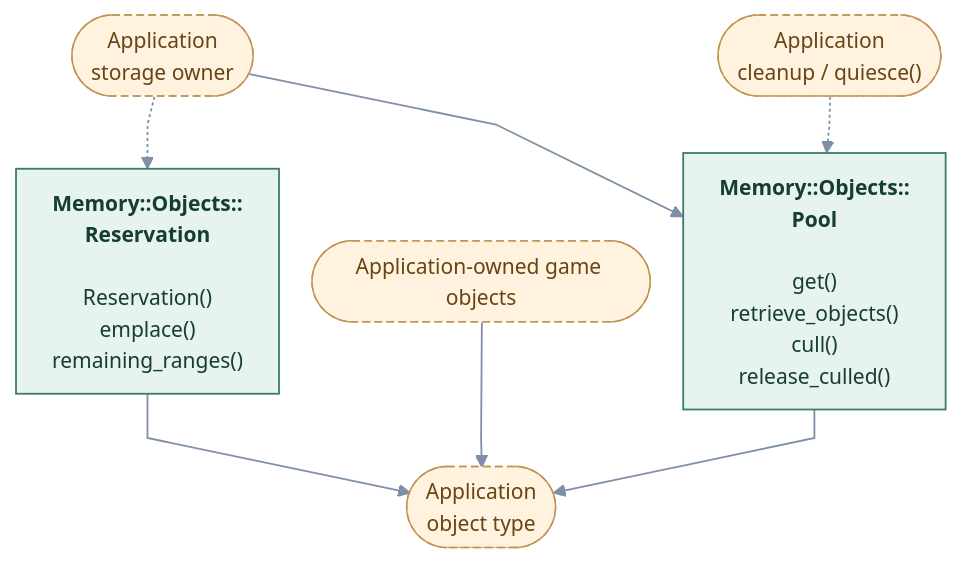
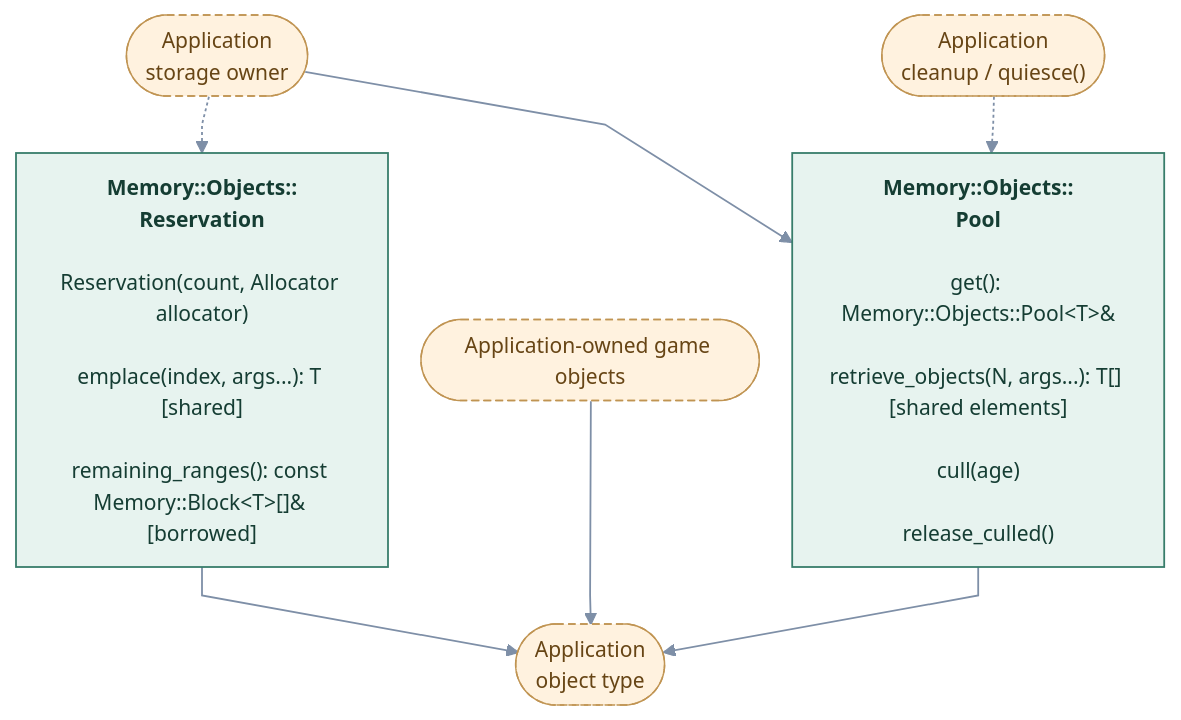
The diagram in docs/site/engine-systems/diagrams/memory-application.mmd (cppcooper/cheryl-engine), drawn with Mermaid before and after one commit. The commit also changed 22 other files, not shown here.

First line of the commit message:
Adds argument and result types to application diagrams

```diff
--- a/docs/site/engine-systems/diagrams/memory-application.mmd
+++ b/docs/site/engine-systems/diagrams/memory-application.mmd
@@ -1,33 +1,33 @@
 ---
 config:
   theme: base
   themeVariables:
     fontFamily: system-ui, sans-serif
     fontSize: 14px
   flowchart:
     htmlLabels: true
     curve: linear
     nodeSpacing: 22
     rankSpacing: 38
     padding: 12
 ---
 flowchart TB
     accTitle: Memory · application object storage
     accDescr: Arrows point toward the API or type used, not call order or data flow. Methods beneath type names are selected application entry points; Implement hooks marks engine-invoked overrides. Dashed arrows mark optional choices.
     k0(["Application<br/>storage owner"]):::app
-    k1["<b>Memory::Objects::<br/>Pool</b><br/><br/>get()<br/>retrieve_objects()<br/>cull()<br/>release_culled()"]:::focal
-    k2["<b>Memory::Objects::<br/>Reservation</b><br/><br/>Reservation()<br/>emplace()<br/>remaining_ranges()"]:::focal
+    k1["<b>Memory::Objects::<br/>Pool</b><br/><br/>get(): Memory::Objects::Pool&lt;T&gt;&amp;<br/><br/>retrieve_objects(N, args...): T[] [shared elements]<br/><br/>cull(age)<br/><br/>release_culled()"]:::focal
+    k2["<b>Memory::Objects::<br/>Reservation</b><br/><br/>Reservation(count, Allocator allocator)<br/><br/>emplace(index, args...): T [shared]<br/><br/>remaining_ranges(): const Memory::Block&lt;T&gt;[]&amp; [borrowed]"]:::focal
     k3(["Application<br/>object type"]):::app
     k4(["Application-owned game objects"]):::app
     k5(["Application<br/>cleanup / quiesce()"]):::app
     k0 --> k1
     k0 -.-> k2
     k2 --> k3
     k4 --> k3
     k5 -.-> k1
     k1 --> k3
     classDef focal fill:#e7f3ef,stroke:#387d6b,color:#153d33,stroke-width:1.2px
     classDef neighbor fill:#f0f3f8,stroke:#8c9bb1,color:#35445b,stroke-width:1px
     classDef app fill:#fff2df,stroke:#c09452,color:#674515,stroke-dasharray:5 3
     classDef system fill:#eaf0fc,stroke:#617fab,color:#263f69,stroke-width:1.2px
     linkStyle default stroke:#7e8fa7,stroke-width:1.2px
```
